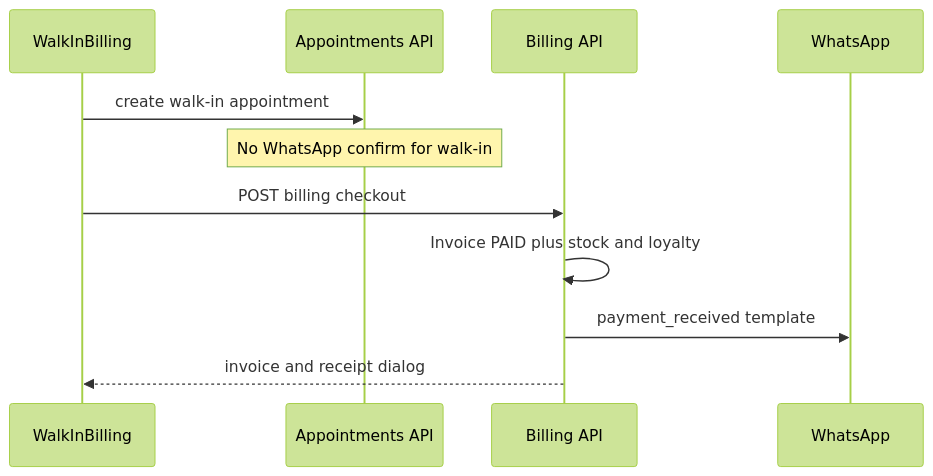
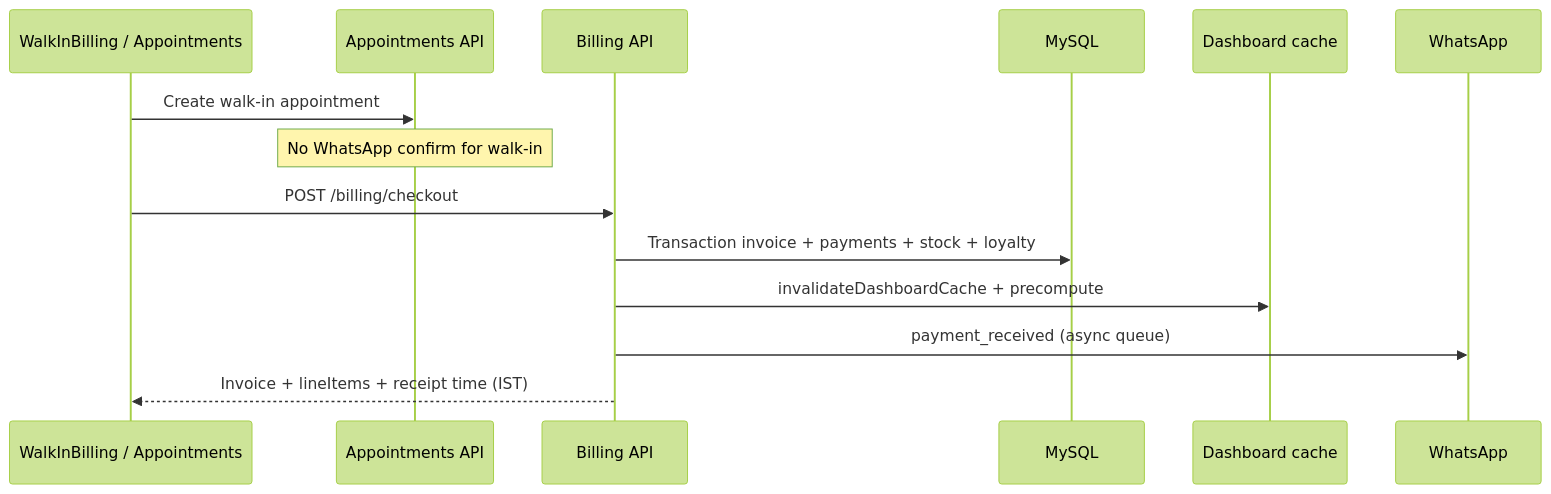
One commit to MetaForge-IT/BillVyapp-Production changed the seventh of 9 diagrams in ARCHITECTURE.md. Above: the diagram before and after it, drawn with Mermaid (forest theme). The commit also changed other lines of this file and 119 other files, not shown here.

````diff
--- a/ARCHITECTURE.md
+++ b/ARCHITECTURE.md
@@ -475,14 +769,17 @@
 ```mermaid
 sequenceDiagram
-  participant UI as WalkInBilling
+  participant UI as WalkInBilling / Appointments
   participant Appt as Appointments API
   participant Bill as Billing API
+  participant DB as MySQL
+  participant Dash as Dashboard cache
   participant WA as WhatsApp
 
-  UI->>Appt: create walk-in appointment
+  UI->>Appt: Create walk-in appointment
   Note over Appt: No WhatsApp confirm for walk-in
-  UI->>Bill: POST billing checkout
-  Bill->>Bill: Invoice PAID plus stock and loyalty
-  Bill->>WA: payment_received template
-  Bill-->>UI: invoice and receipt dialog
+  UI->>Bill: POST /billing/checkout
+  Bill->>DB: Transaction invoice + payments + stock + loyalty
+  Bill->>Dash: invalidateDashboardCache + precompute
+  Bill->>WA: payment_received (async queue)
+  Bill-->>UI: Invoice + lineItems + receipt time (IST)
 ```
````
